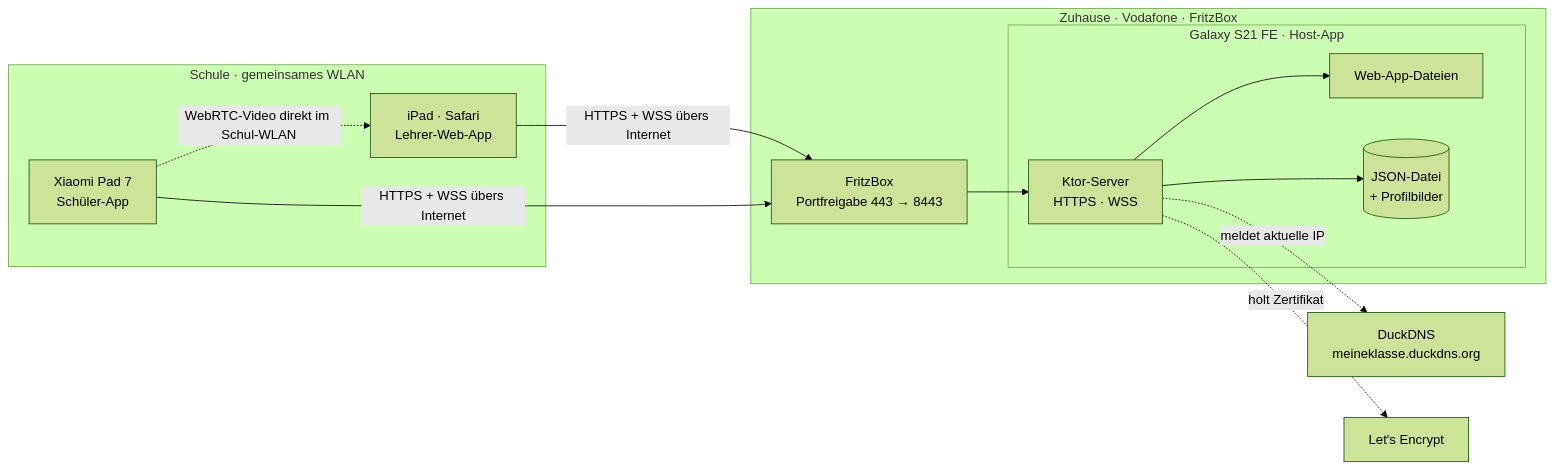
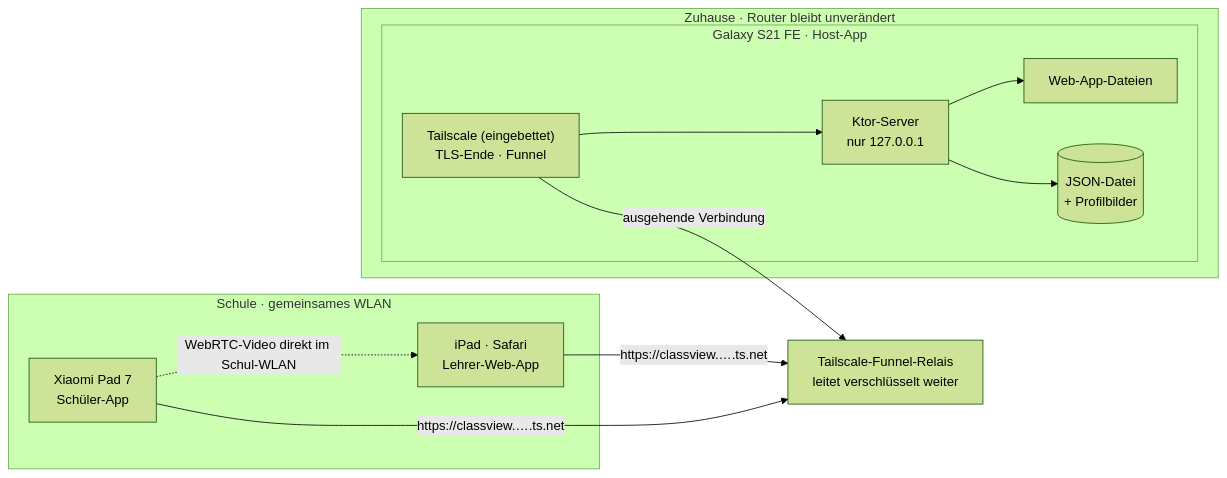
One commit to realcraftguy-com/Classview changed the first of 8 diagrams in docs/architecture.md. Above: the diagram before and after it, drawn with Mermaid (forest theme). The commit also changed other lines of this file and 3 other files, not shown here.

First line of the commit message:
Phase 1 Rev. 4: Erreichbarkeit ueber Tailscale Funnel statt Router-Portfreigabe

````diff
--- a/docs/architecture.md
+++ b/docs/architecture.md
@@ -24,28 +25,26 @@
 ```mermaid
 flowchart LR
-    subgraph HOME["Zuhause · Vodafone · FritzBox"]
-        FB["FritzBox<br/>Portfreigabe 443 → 8443"]
+    subgraph HOME["Zuhause · Router bleibt unverändert"]
         subgraph HOST["Galaxy S21 FE · Host-App"]
-            K["Ktor-Server<br/>HTTPS · WSS"]
+            TS["Tailscale (eingebettet)<br/>TLS-Ende · Funnel"]
+            K["Ktor-Server<br/>nur 127.0.0.1"]
             WA["Web-App-Dateien"]
             ST[("JSON-Datei<br/>+ Profilbilder")]
         end
     end
 
-    DNS["DuckDNS<br/>meineklasse.duckdns.org"]
-    LE["Let's Encrypt"]
+    REL["Tailscale-Funnel-Relais<br/>leitet verschlüsselt weiter"]
 
     subgraph SCHOOL["Schule · gemeinsames WLAN"]
         W["iPad · Safari<br/>Lehrer-Web-App"]
         A["Xiaomi Pad 7<br/>Schüler-App"]
     end
 
-    W -->|"HTTPS + WSS übers Internet"| FB
-    A -->|"HTTPS + WSS übers Internet"| FB
-    FB --> K
+    W -->|"https://classview.….ts.net"| REL
+    A -->|"https://classview.….ts.net"| REL
+    TS -->|"ausgehende Verbindung"| REL
+    TS --> K
     K --> WA
     K --> ST
-    K -.->|"meldet aktuelle IP"| DNS
-    K -.->|"holt Zertifikat"| LE
     A -.->|"WebRTC-Video direkt im Schul-WLAN"| W
 ```
````
